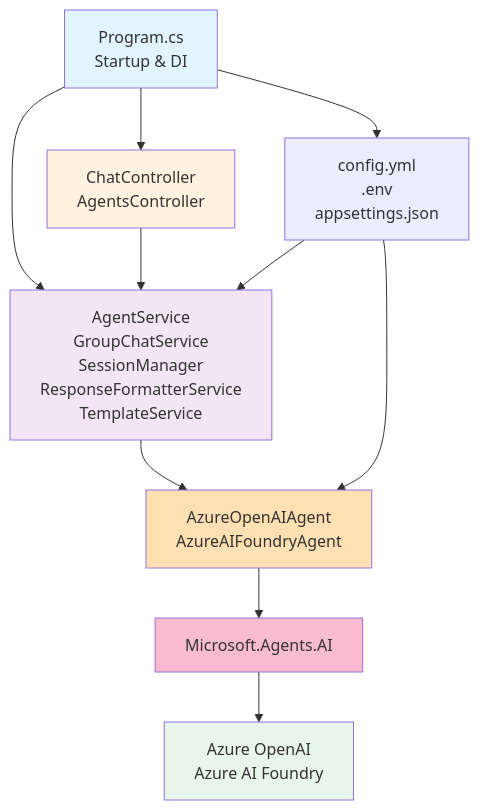
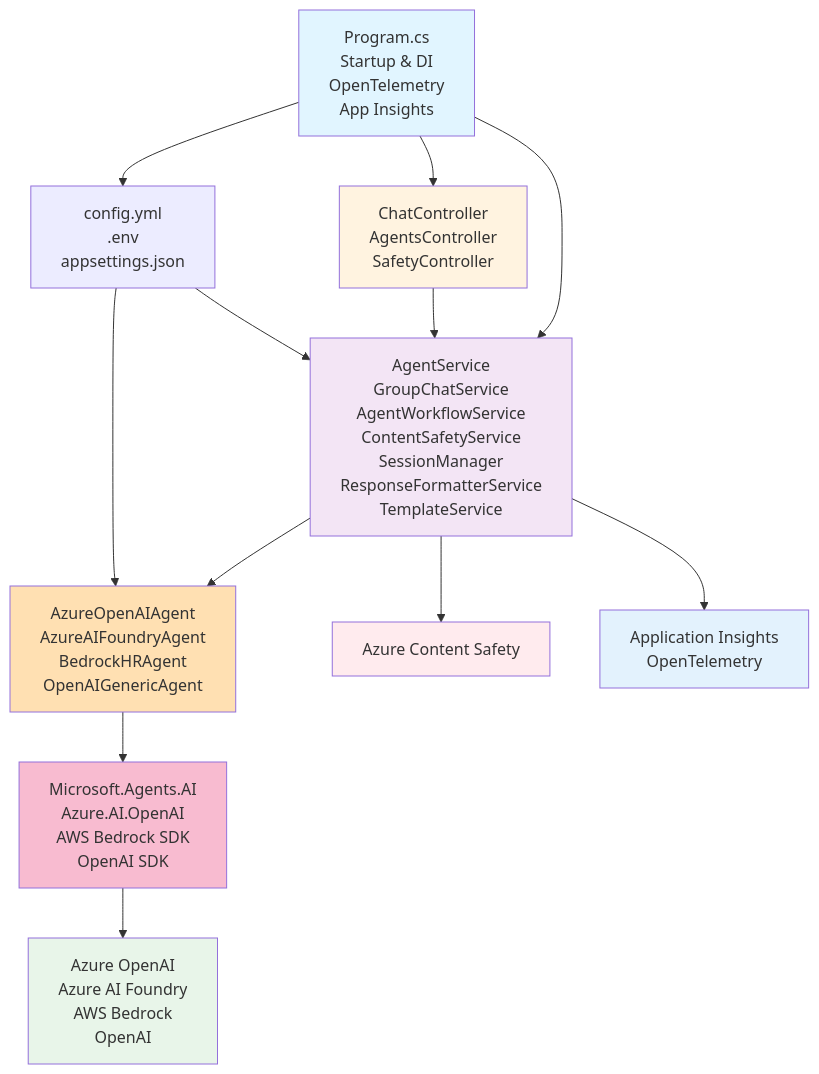
One commit to nhcloud/agentframework-workshop changed the ninth of 9 diagrams in Backend/dotnet/README.md. Above: the diagram before and after it, drawn with Mermaid. The commit also changed other lines of this file, not shown here.

````diff
--- a/Backend/dotnet/README.md
+++ b/Backend/dotnet/README.md
@@ -343,24 +503,29 @@
 ```mermaid
 graph TD
-    Program[Program.cs<br/>Startup & DI] --> Controllers
+    Program[Program.cs<br/>Startup & DI<br/>OpenTelemetry<br/>App Insights] --> Controllers
     Program --> Services
     Program --> Config[Configuration]
     
-    Controllers[ChatController<br/>AgentsController] --> Services
+    Controllers[ChatController<br/>AgentsController<br/>SafetyController] --> Services
     
-    Services[AgentService<br/>GroupChatService<br/>SessionManager<br/>ResponseFormatterService<br/>TemplateService] --> Agents
+    Services[AgentService<br/>GroupChatService<br/>AgentWorkflowService<br/>ContentSafetyService<br/>SessionManager<br/>ResponseFormatterService<br/>TemplateService] --> Agents
     
-    Agents[AzureOpenAIAgent<br/>AzureAIFoundryAgent] --> Framework[Microsoft.Agents.AI]
+    Agents[AzureOpenAIAgent<br/>AzureAIFoundryAgent<br/>BedrockHRAgent<br/>OpenAIGenericAgent] --> Framework[Microsoft.Agents.AI<br/>Azure.AI.OpenAI<br/>AWS Bedrock SDK<br/>OpenAI SDK]
     
-    Framework --> Azure[Azure OpenAI<br/>Azure AI Foundry]
+    Framework --> External[Azure OpenAI<br/>Azure AI Foundry<br/>AWS Bedrock<br/>OpenAI]
+    
+    Services --> ContentSafety[Azure Content Safety]
+    Services --> Monitoring[Application Insights<br/>OpenTelemetry]
     
     Config --> Services
     Config[config.yml<br/>.env<br/>appsettings.json] --> Agents
     
     style Program fill:#e1f5ff
     style Controllers fill:#fff3e0
     style Services fill:#f3e5f5
     style Agents fill:#ffe0b2
     style Framework fill:#f8bbd0
-    style Azure fill:#e8f5e9
+    style External fill:#e8f5e9
+    style ContentSafety fill:#ffebee
+    style Monitoring fill:#e3f2fd
 ```
````
